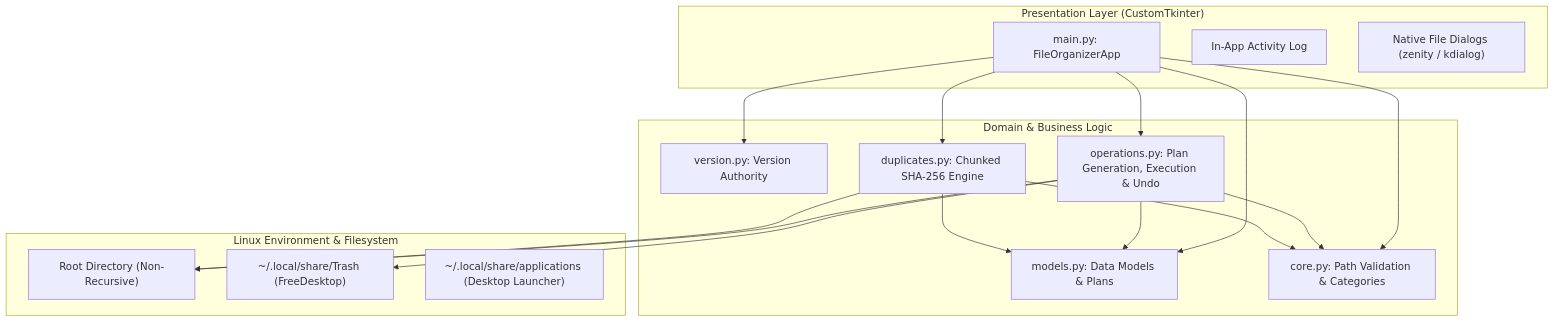
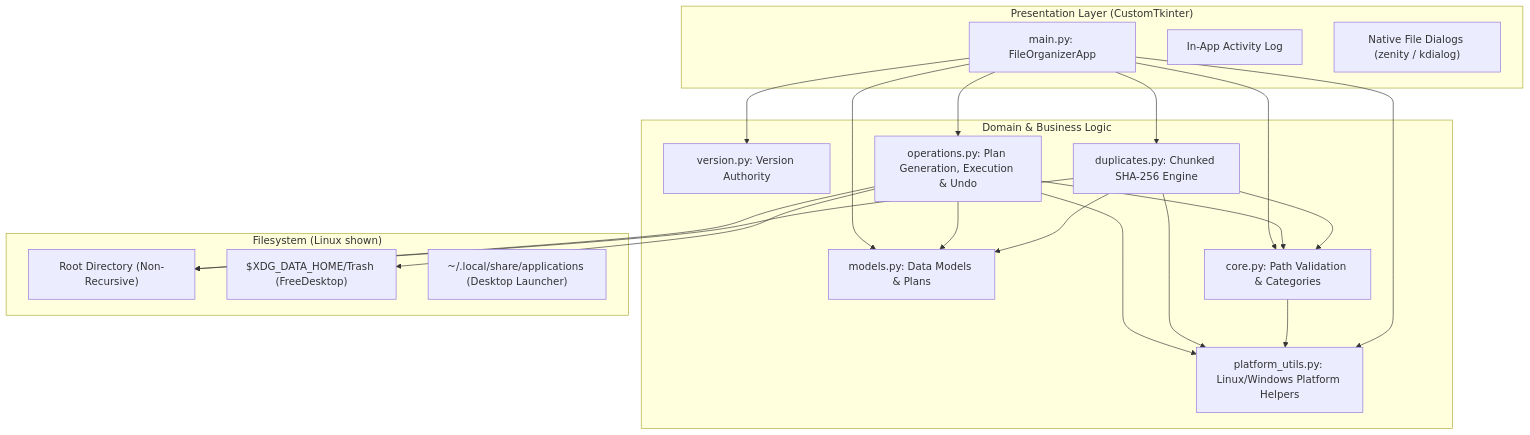
Before and after one commit to teppe21/File-Suite: the diagram in README.md, drawn with Mermaid. The commit also changed other lines of this file, not shown here.

First line of the commit message:
docs: README platform wording, platform_utils, safety model, process

````diff
--- a/README.md
+++ b/README.md
@@ -55,35 +54,40 @@
 ```mermaid
 graph TD
     subgraph Presentation ["Presentation Layer (CustomTkinter)"]
         UI["main.py: FileOrganizerApp"]
         LOG["In-App Activity Log"]
         DLG["Native File Dialogs (zenity / kdialog)"]
     end
 
     subgraph Domain ["Domain & Business Logic"]
         VER["version.py: Version Authority"]
         MOD["models.py: Data Models & Plans"]
         OPS["operations.py: Plan Generation, Execution & Undo"]
         DUP["duplicates.py: Chunked SHA-256 Engine"]
         CORE["core.py: Path Validation & Categories"]
+        PLAT["platform_utils.py: Linux/Windows Platform Helpers"]
     end
 
-    subgraph Storage ["Linux Environment & Filesystem"]
+    subgraph Storage ["Filesystem (Linux shown)"]
         FS["Root Directory (Non-Recursive)"]
-        TRASH["~/.local/share/Trash (FreeDesktop)"]
+        TRASH["$XDG_DATA_HOME/Trash (FreeDesktop)"]
         XDG["~/.local/share/applications (Desktop Launcher)"]
     end
 
     UI --> OPS
     UI --> DUP
     UI --> MOD
     UI --> VER
     UI --> CORE
     OPS --> MOD
     OPS --> CORE
     DUP --> MOD
     DUP --> CORE
+    OPS --> PLAT
+    DUP --> PLAT
+    CORE --> PLAT
+    UI --> PLAT
     OPS --> FS
     OPS --> TRASH
     DUP --> FS
 ```
````
